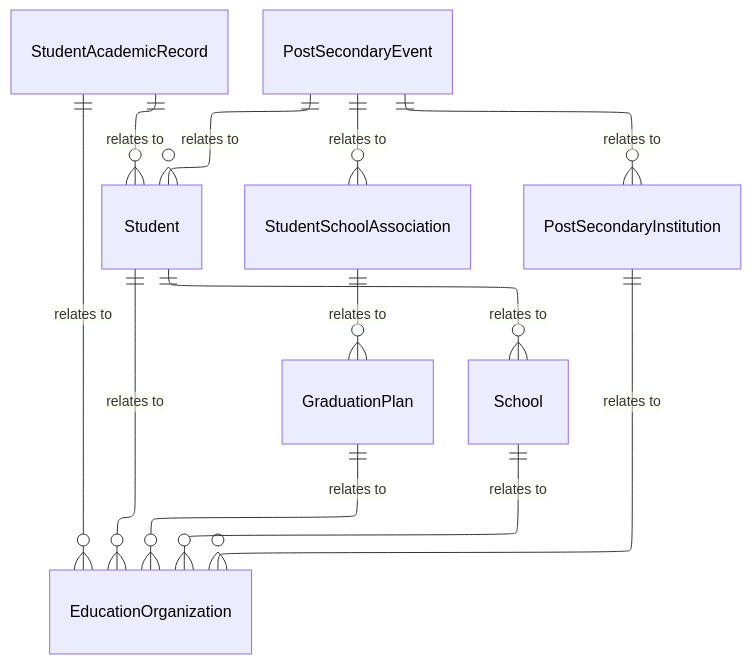
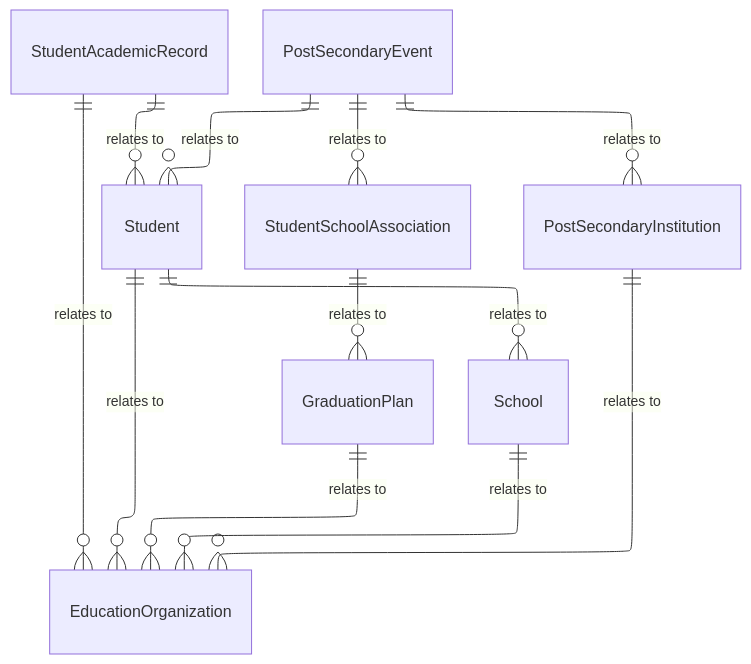
Before and after one commit to Ed-Fi-Alliance-OSS/ed-fi-alliance-oss.github.io: the diagram in dataStandard_versioned_docs/version-6/model-reference/graduation-domain/model-diagrams.md, drawn with Mermaid. The commit also changed 24 other files, not shown here.

````diff
--- a/dataStandard_versioned_docs/version-6/model-reference/graduation-domain/model-diagrams.md
+++ b/dataStandard_versioned_docs/version-6/model-reference/graduation-domain/model-diagrams.md
@@ -11,42 +11,34 @@
 ```mermaid
 ---
 config:
   layout: elk
 ---
 erDiagram
     Student {
     }
     StudentSchoolAssociation {
     }
     StudentAcademicRecord {
     }
     GraduationPlan {
     }
     PostSecondaryEvent {
     }
     PostSecondaryInstitution {
     }
     EducationOrganization {
     }
     School {
     }
     Student ||--o{ EducationOrganization : "relates to"
     Student ||--o{ School : "relates to"
     StudentSchoolAssociation ||--o{ GraduationPlan : "relates to"
     StudentAcademicRecord ||--o{ Student : "relates to"
     StudentAcademicRecord ||--o{ EducationOrganization : "relates to"
     GraduationPlan ||--o{ EducationOrganization : "relates to"
     PostSecondaryEvent ||--o{ Student : "relates to"
     PostSecondaryEvent ||--o{ StudentSchoolAssociation : "relates to"
     PostSecondaryEvent ||--o{ PostSecondaryInstitution : "relates to"
     PostSecondaryInstitution ||--o{ EducationOrganization : "relates to"
     School ||--o{ EducationOrganization : "relates to"
-    style Student color:#000000
-    style StudentSchoolAssociation color:#000000
-    style StudentAcademicRecord color:#000000
-    style GraduationPlan color:#000000
-    style PostSecondaryEvent color:#000000
-    style PostSecondaryInstitution color:#000000
-    style EducationOrganization color:#000000
-    style School color:#000000
 ```
````
